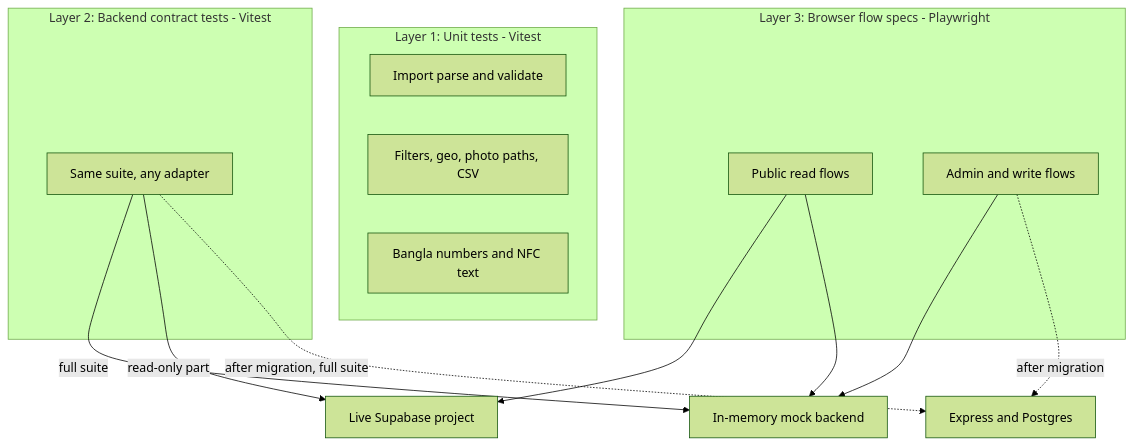
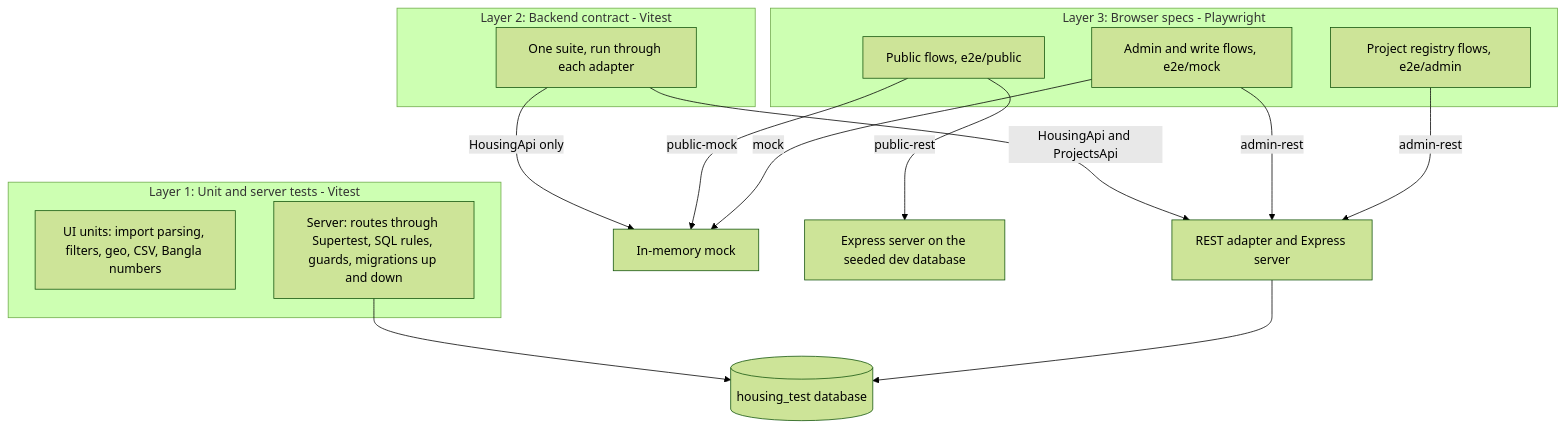
The first of 2 diagrams in docs/diagrams/test-strategy.md (rajuofficialasf-hub/house-construction), drawn with Mermaid (forest theme) before and after one commit. The commit also changed other lines of this file and 15 other files, not shown here.

````diff
--- a/docs/diagrams/test-strategy.md
+++ b/docs/diagrams/test-strategy.md
@@ -5,22 +5,24 @@
 ```mermaid
 flowchart TB
-  subgraph L1[Layer 1: Unit tests - Vitest]
-    U1[Import parse and validate]
-    U2[Filters, geo, photo paths, CSV]
-    U3[Bangla numbers and NFC text]
+  subgraph L1[Layer 1: Unit and server tests - Vitest]
+    U1[UI units: import parsing, filters, geo, CSV, Bangla numbers]
+    U2[Server: routes through Supertest, SQL rules, guards, migrations up and down]
   end
-  subgraph L2[Layer 2: Backend contract tests - Vitest]
-    C1[Same suite, any adapter]
+  subgraph L2[Layer 2: Backend contract - Vitest]
+    C1[One suite, run through each adapter]
   end
-  subgraph L3[Layer 3: Browser flow specs - Playwright]
-    P1[Public read flows]
-    P2[Admin and write flows]
+  subgraph L3[Layer 3: Browser specs - Playwright]
+    P1[Public flows, e2e/public]
+    P2[Admin and write flows, e2e/mock]
+    P3[Project registry flows, e2e/admin]
   end
-  C1 -->|full suite| MOCK[In-memory mock backend]
-  C1 -->|read-only part| LIVE[Live Supabase project]
-  C1 -.->|after migration, full suite| EXP[Express and Postgres]
-  P1 --> LIVE
-  P1 --> MOCK
-  P2 --> MOCK
-  P2 -.->|after migration| EXP
+  U2 --> TDB[(housing_test database)]
+  C1 -->|HousingApi and ProjectsApi| REST[REST adapter and Express server]
+  C1 -->|HousingApi only| MOCK[In-memory mock]
+  REST --> TDB
+  P1 -->|public-rest| DEV[Express server on the seeded dev database]
+  P1 -->|public-mock| MOCK
+  P2 -->|mock| MOCK
+  P2 -->|admin-rest| REST
+  P3 -->|admin-rest| REST
 ```
````
